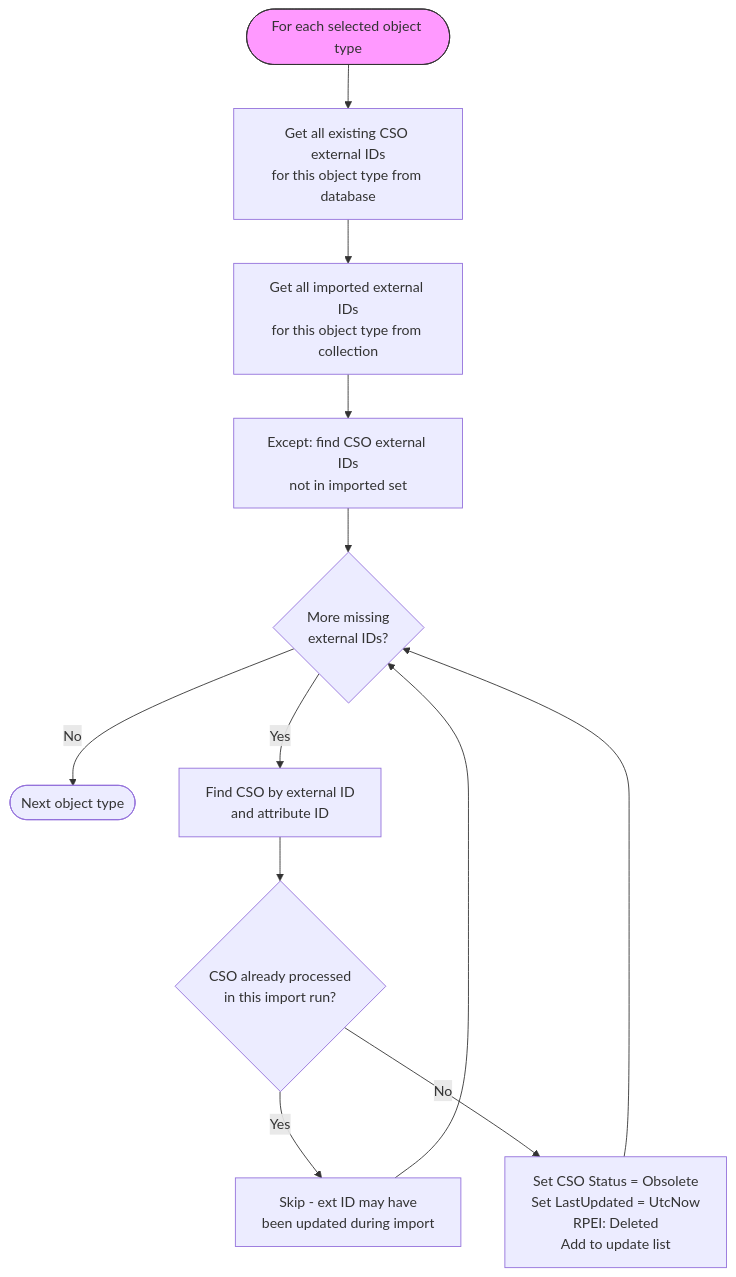
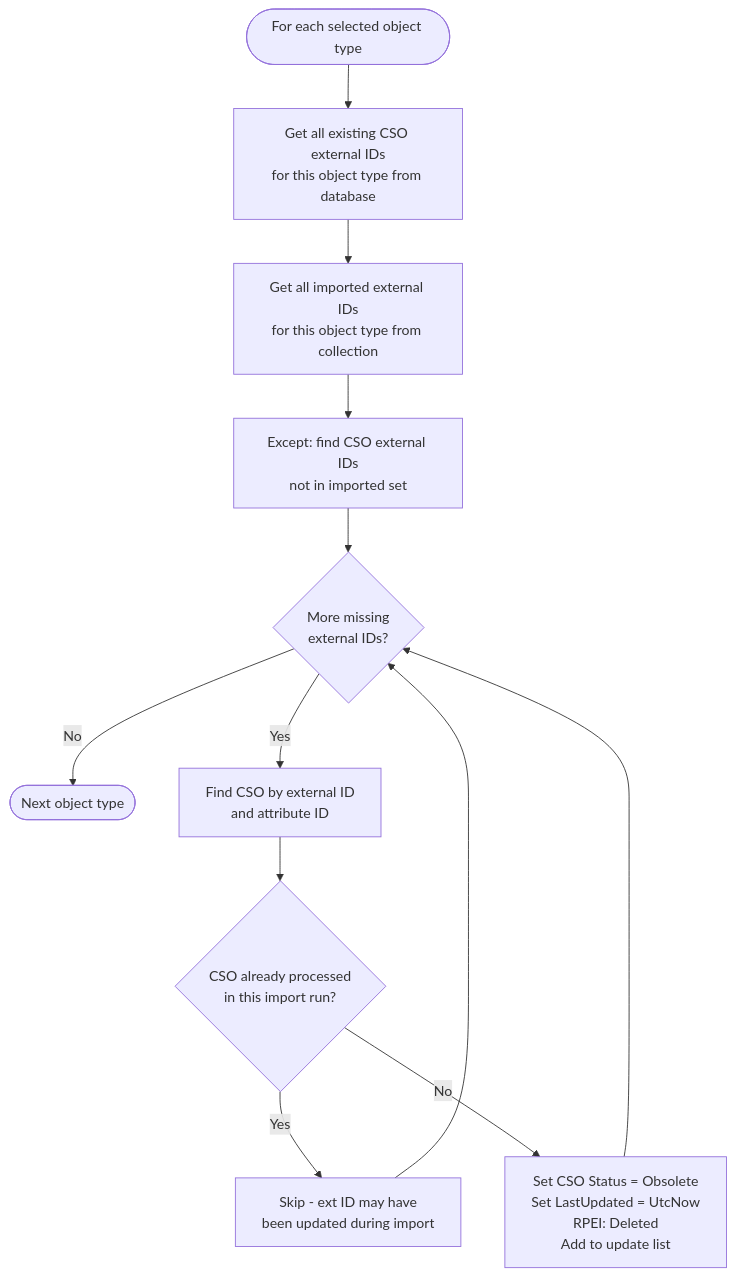
One commit to TetronIO/JIM changed the third of 4 diagrams in docs/diagrams/mermaid/FULL_IMPORT_FLOW.md. Above: the diagram before and after it, drawn with Mermaid.

Commit message:
docs: Remove custom pink style from Deletion Detection start node
Consistent styling with all other diagrams.

````diff
--- a/docs/diagrams/mermaid/FULL_IMPORT_FLOW.md
+++ b/docs/diagrams/mermaid/FULL_IMPORT_FLOW.md
@@ -110,16 +110,14 @@
 ```mermaid
 flowchart TD
     Start([For each selected object type]) --> GetExisting[Get all existing CSO external IDs<br/>for this object type from database]
     GetExisting --> GetImported[Get all imported external IDs<br/>for this object type from collection]
     GetImported --> Compare[Except: find CSO external IDs<br/>not in imported set]
     Compare --> Loop{More missing<br/>external IDs?}
     Loop -->|No| Done([Next object type])
     Loop -->|Yes| FindCso[Find CSO by external ID<br/>and attribute ID]
     FindCso --> CheckProcessed{CSO already processed<br/>in this import run?}
     CheckProcessed -->|Yes| SkipLog[Skip - ext ID may have<br/>been updated during import]
     SkipLog --> Loop
     CheckProcessed -->|No| Obsolete[Set CSO Status = Obsolete<br/>Set LastUpdated = UtcNow<br/>RPEI: Deleted<br/>Add to update list]
     Obsolete --> Loop
-
-    style Start fill:#f9f,stroke:#333
 ```
````
